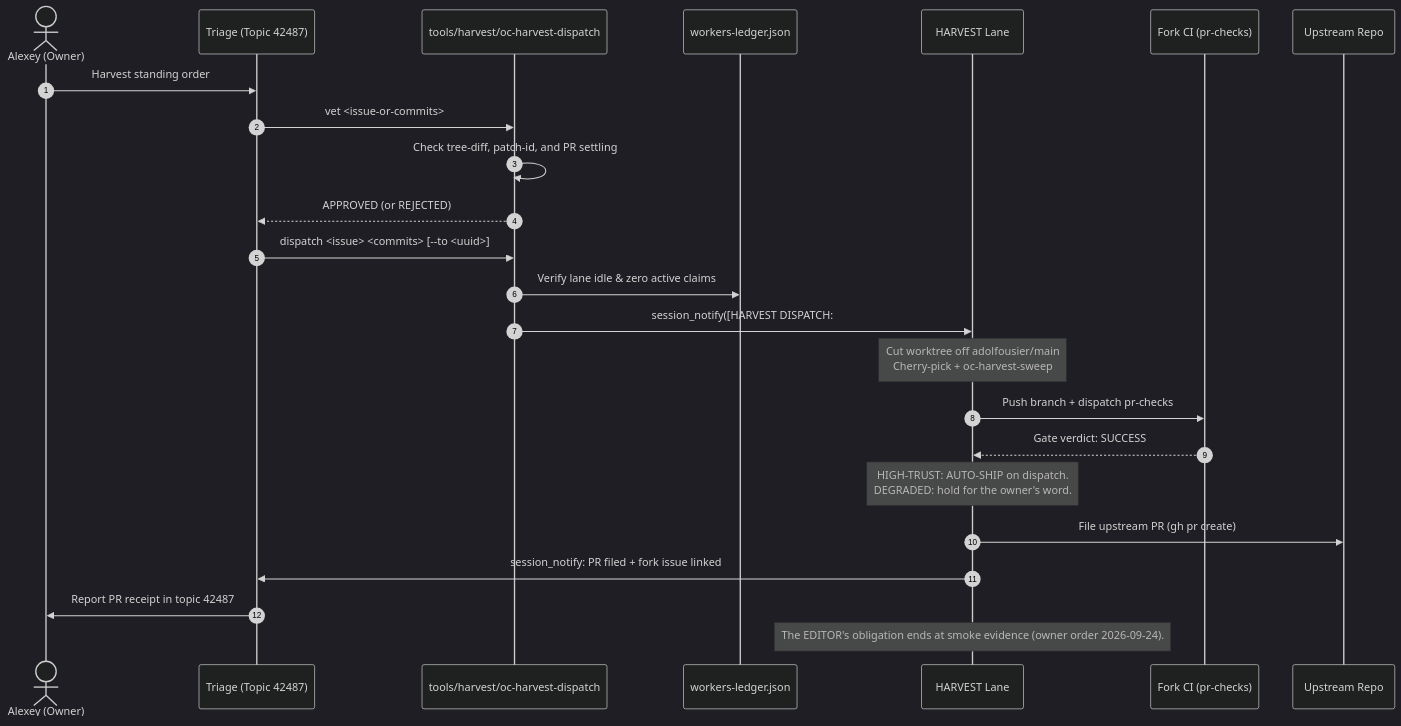
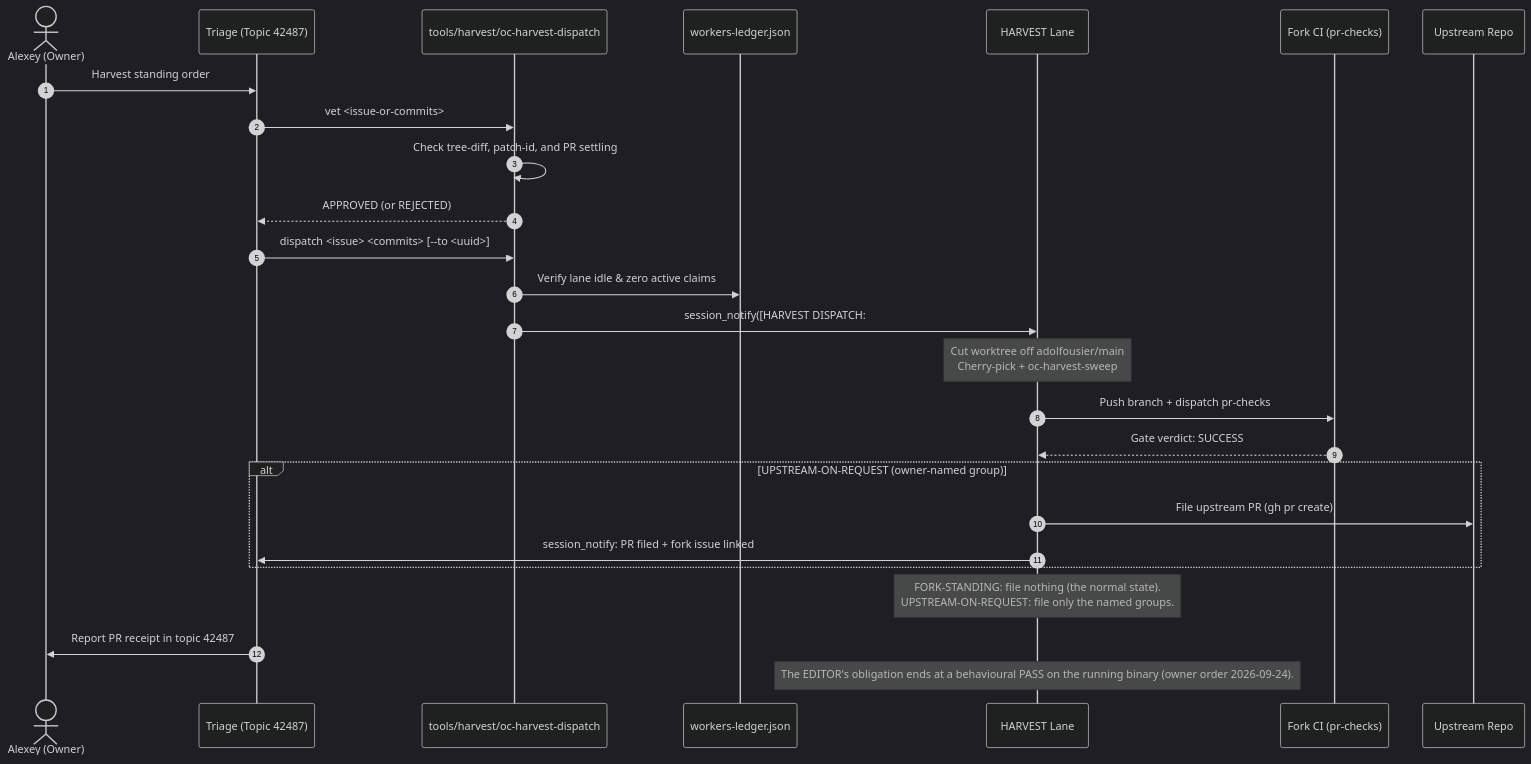
One commit to leshchenko1979/opencrabs-dev-factory changed the diagram in upstream-merge-runbook.md. Above: the diagram before and after it, drawn with Mermaid (dark theme). The commit also changed other lines of this file and 11 other files, not shown here.

First line of the commit message:
docs(skill): finish line is behaviour on the live binary; retire DEGRADED/HIGH-TRUST

````diff
--- a/upstream-merge-runbook.md
+++ b/upstream-merge-runbook.md
@@ -479,27 +480,29 @@
 ```mermaid
 sequenceDiagram
     autonumber
     actor Alexey as Alexey (Owner)
     participant Triage as Triage (Topic 42487)
     participant Tool as tools/harvest/oc-harvest-dispatch
     participant Ledger as workers-ledger.json
     participant Harvest as HARVEST Lane
     participant ForkCI as Fork CI (pr-checks)
     participant Upstream as Upstream Repo
 
     Alexey->>Triage: Harvest standing order
     Triage->>Tool: vet <issue-or-commits>
     Tool->>Tool: Check tree-diff, patch-id, and PR settling
     Tool-->>Triage: APPROVED (or REJECTED)
     Triage->>Tool: dispatch <issue> <commits> [--to <uuid>]
     Tool->>Ledger: Verify lane idle & zero active claims
     Tool->>Harvest: session_notify([HARVEST DISPATCH: #N])
     Note over Harvest: Cut worktree off adolfousier/main<br/>Cherry-pick + oc-harvest-sweep
     Harvest->>ForkCI: Push branch + dispatch pr-checks
     ForkCI-->>Harvest: Gate verdict: SUCCESS
-    Note over Harvest: HIGH-TRUST: AUTO-SHIP on dispatch.<br/>DEGRADED: hold for the owner's word.
+    alt UPSTREAM-ON-REQUEST (owner-named group)
     Harvest->>Upstream: File upstream PR (gh pr create)
     Harvest->>Triage: session_notify: PR filed + fork issue linked
+    end
+    Note over Harvest: FORK-STANDING: file nothing (the normal state).<br/>UPSTREAM-ON-REQUEST: file only the named groups.
     Triage->>Alexey: Report PR receipt in topic 42487
-    Note over Harvest: The EDITOR's obligation ends at smoke evidence (owner order 2026-09-24).
+    Note over Harvest: The EDITOR's obligation ends at a behavioural PASS on the running binary (owner order 2026-09-24).
 ```
````
